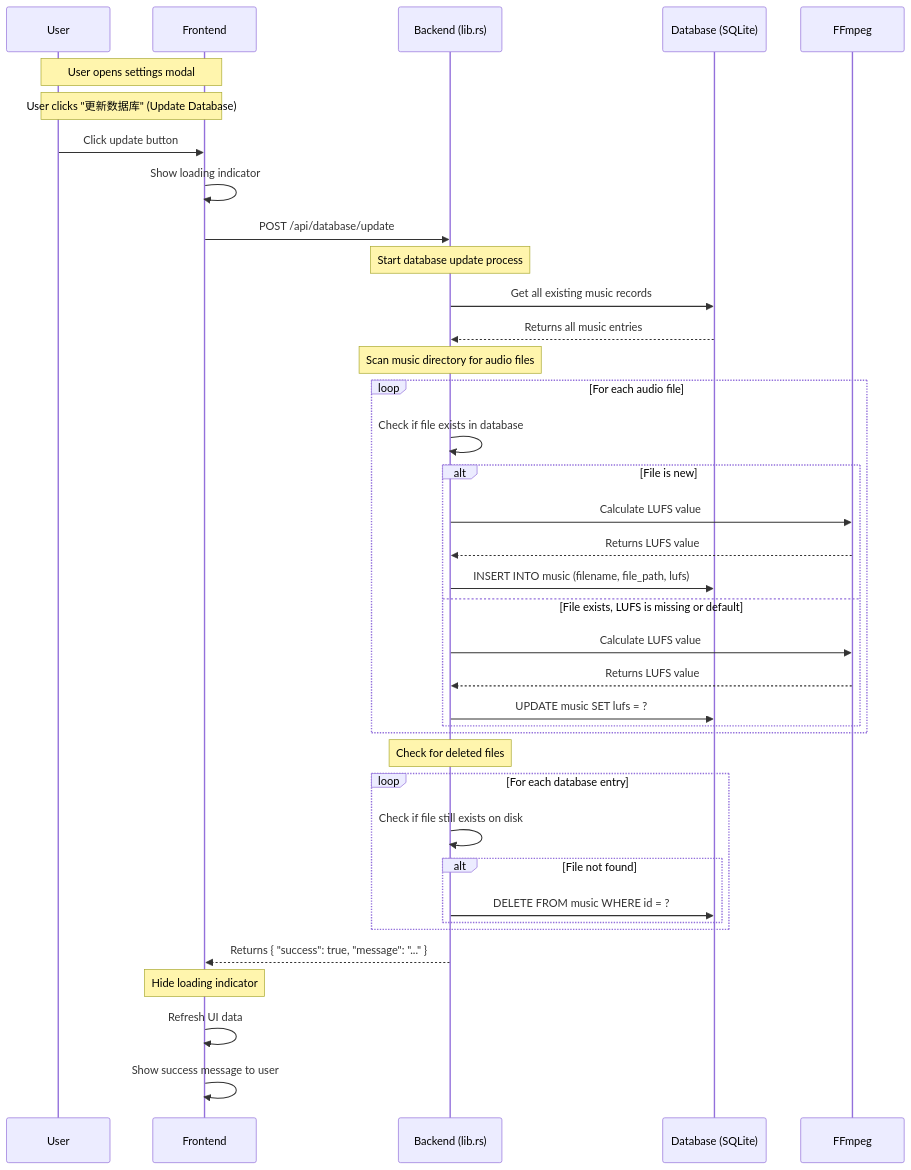
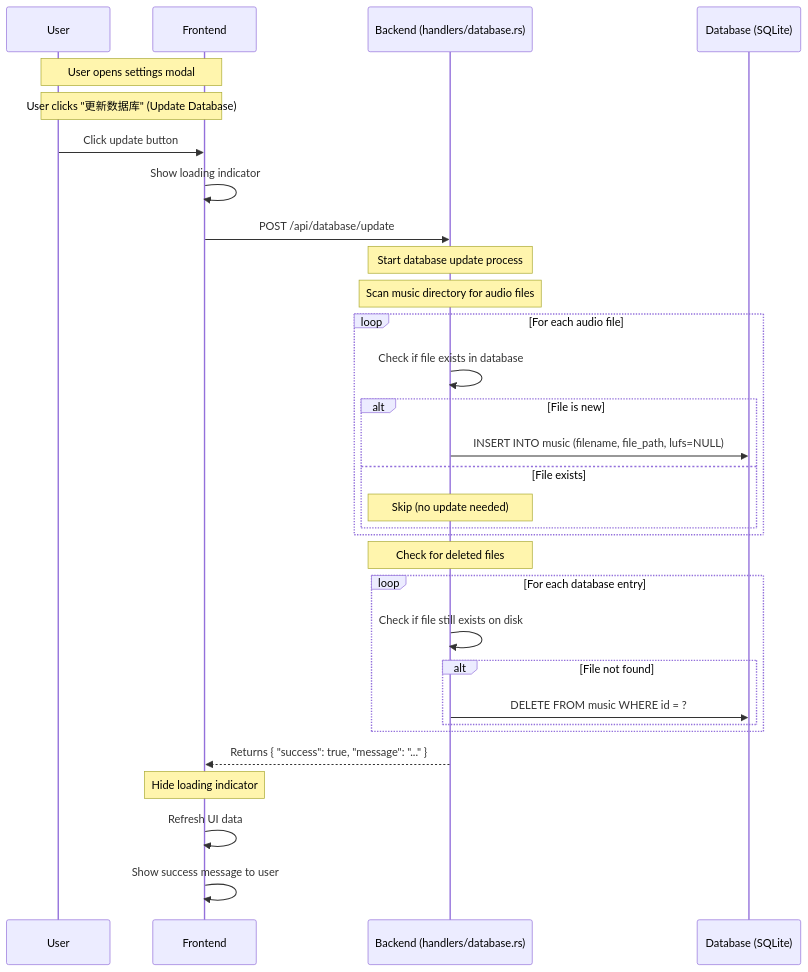
Before and after one commit to Afeather2017/Kaulan: the fourth of 4 diagrams in docs/settings-and-database-management.md, drawn with Mermaid. The commit also changed other lines of this file and 15 other files, not shown here.

````diff
--- a/docs/settings-and-database-management.md
+++ b/docs/settings-and-database-management.md
@@ -142,52 +144,44 @@
 ```mermaid
 sequenceDiagram
     participant User as User
     participant FE as Frontend
-    participant BE as Backend (lib.rs)
+    participant BE as Backend (handlers/database.rs)
     participant DB as Database (SQLite)
-    participant FFmpeg as FFmpeg
 
     Note over User,FE: User opens settings modal
     Note over User,FE: User clicks "更新数据库" (Update Database)
 
     User->>FE: Click update button
     FE->>FE: Show loading indicator
     FE->>BE: POST /api/database/update
 
     Note over BE: Start database update process
 
-    BE->>DB: Get all existing music records
-    DB-->>BE: Returns all music entries
-
     Note over BE: Scan music directory for audio files
 
     loop For each audio file
         BE->>BE: Check if file exists in database
 
         alt File is new
-            BE->>FFmpeg: Calculate LUFS value
-            FFmpeg-->>BE: Returns LUFS value
-            BE->>DB: INSERT INTO music (filename, file_path, lufs)
-        else File exists, LUFS is missing or default
-            BE->>FFmpeg: Calculate LUFS value
-            FFmpeg-->>BE: Returns LUFS value
-            BE->>DB: UPDATE music SET lufs = ?
+            BE->>DB: INSERT INTO music (filename, file_path, lufs=NULL)
+        else File exists
+            Note over BE: Skip (no update needed)
         end
     end
 
     Note over BE: Check for deleted files
 
     loop For each database entry
         BE->>BE: Check if file still exists on disk
 
         alt File not found
             BE->>DB: DELETE FROM music WHERE id = ?
         end
     end
 
     BE-->>FE: Returns { "success": true, "message": "..." }
 
     Note over FE: Hide loading indicator
     FE->>FE: Refresh UI data
     FE->>FE: Show success message to user
 ```
````
